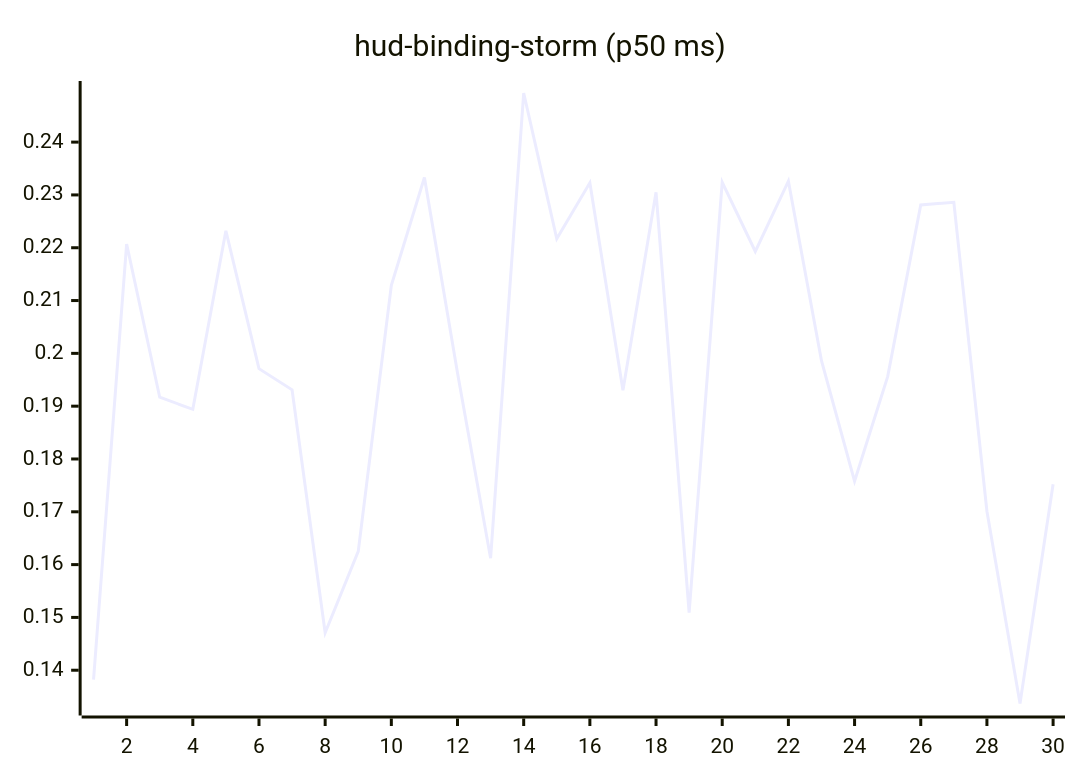
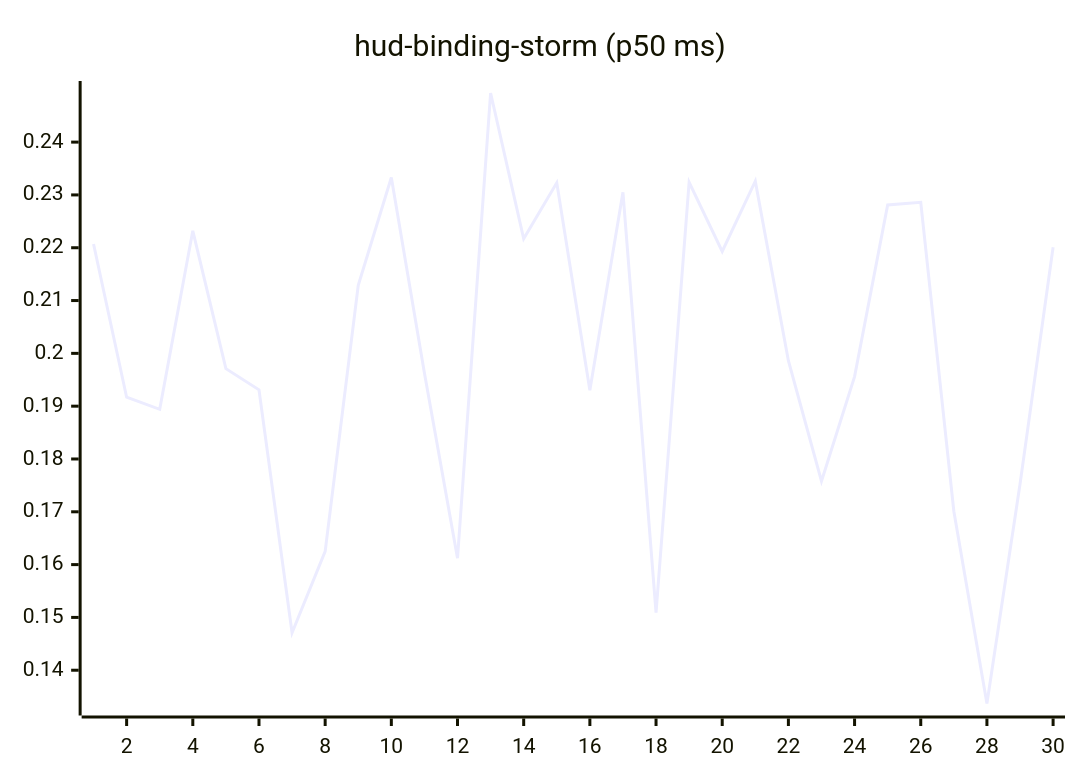
Before and after one commit to josha/Facet: the tenth of 27 diagrams in README.md, drawn with Mermaid. The commit also changed other lines of this file and 2 other files, not shown here.

````diff
--- a/README.md
+++ b/README.md
@@ -126,6 +126,6 @@
 ```mermaid
 xychart-beta
     title "hud-binding-storm (p50 ms)"
     x-axis 1 --> 30
-    line [0.1382, 0.2207, 0.1917, 0.1894, 0.2232, 0.1971, 0.1931, 0.1471, 0.1625, 0.2129, 0.2333, 0.1963, 0.1612, 0.2493, 0.2217, 0.2323, 0.1930, 0.2305, 0.1509, 0.2324, 0.2193, 0.2326, 0.1986, 0.1758, 0.1956, 0.2281, 0.2286, 0.1701, 0.1337, 0.1752]
+    line [0.2207, 0.1917, 0.1894, 0.2232, 0.1971, 0.1931, 0.1471, 0.1625, 0.2129, 0.2333, 0.1963, 0.1612, 0.2493, 0.2217, 0.2323, 0.1930, 0.2305, 0.1509, 0.2324, 0.2193, 0.2326, 0.1986, 0.1758, 0.1956, 0.2281, 0.2286, 0.1701, 0.1337, 0.1752, 0.2201]
 ```
````
